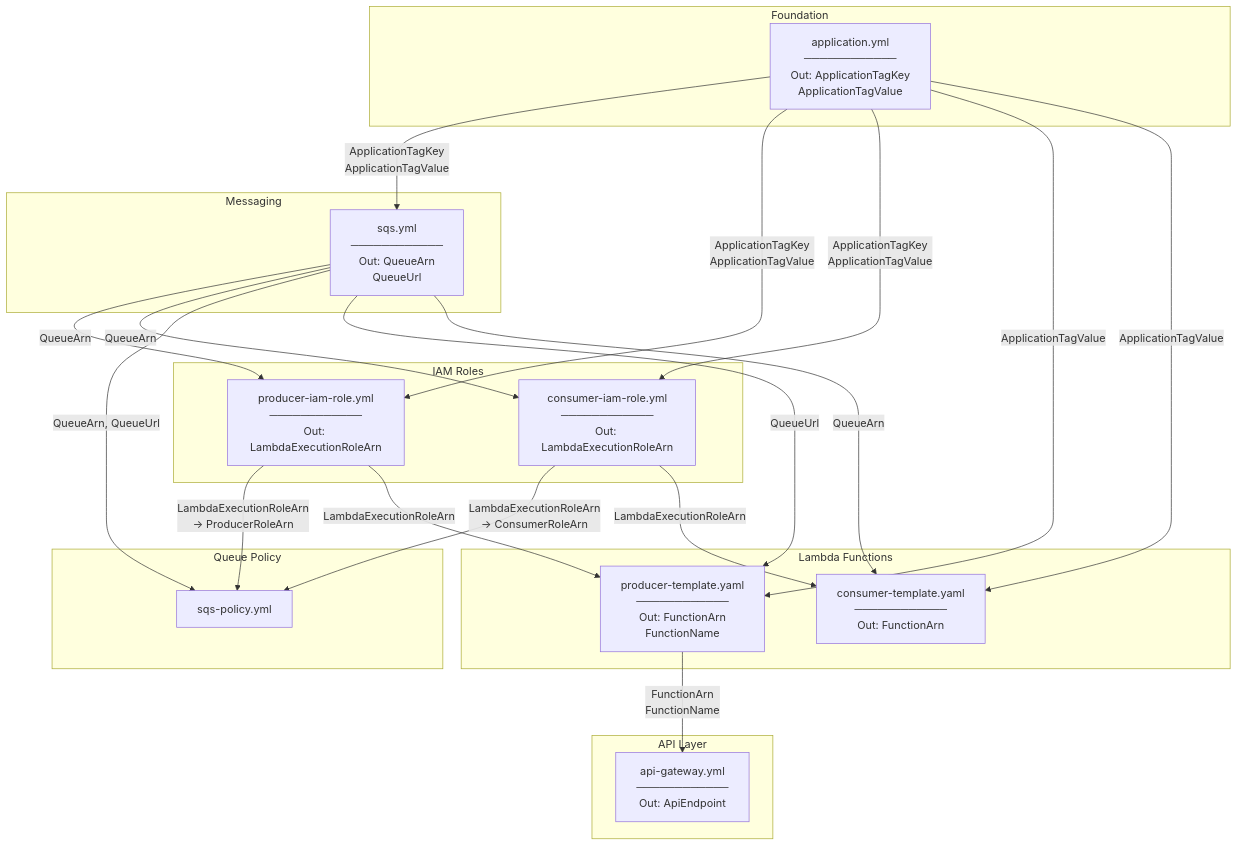
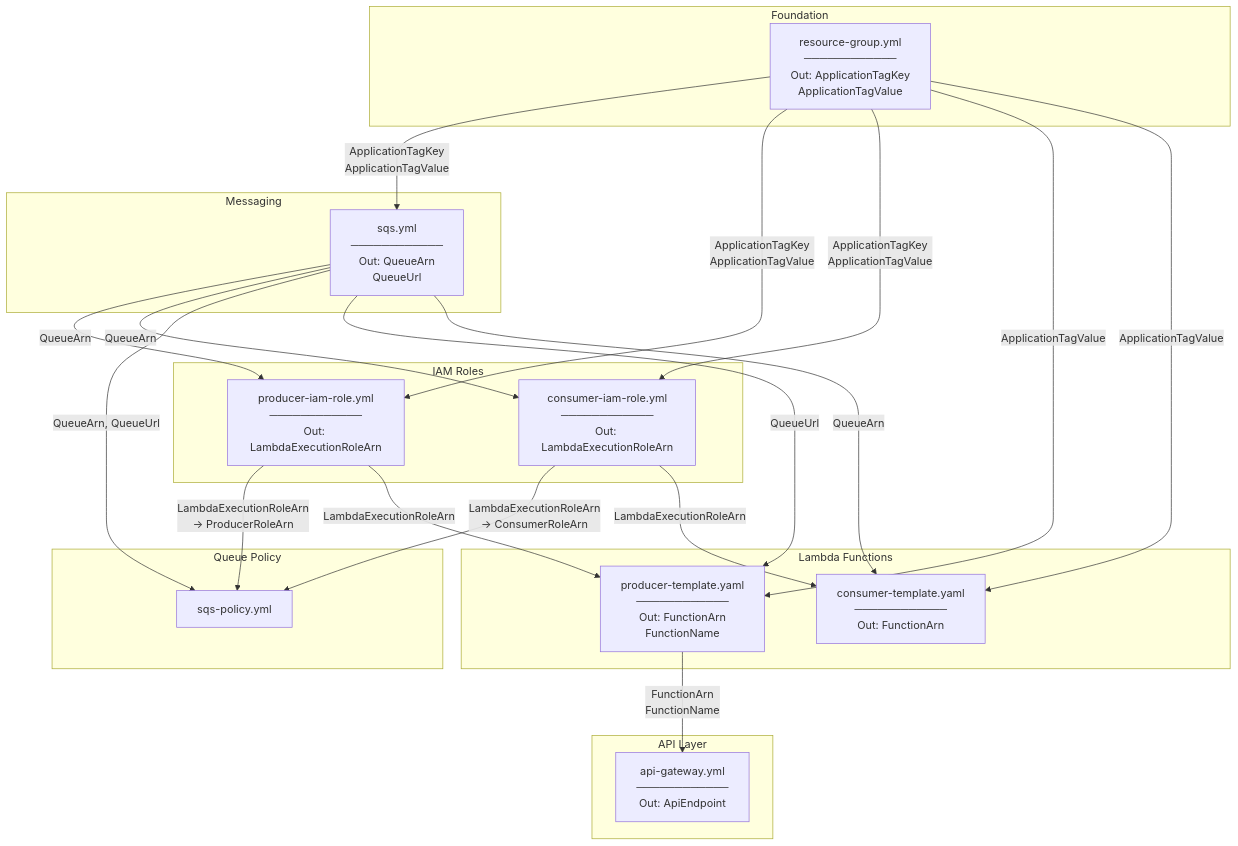
Before and after one commit to mb-dot-dev/stockholm-api-gateway-http-api: the diagram in README.md, drawn with Mermaid. The commit also changed 6 other files, not shown here.

First line of the commit message:
Replace discontinued AppRegistry app with tag-based Resource Group

````diff
--- a/README.md
+++ b/README.md
@@ -5,48 +5,48 @@
 ```mermaid
 flowchart TD
     subgraph app_stack["Foundation"]
-        APP["application.yml\n────────────\nOut: ApplicationTagKey\n     ApplicationTagValue"]
+        APP["resource-group.yml\n────────────\nOut: ApplicationTagKey\n     ApplicationTagValue"]
     end
 
     subgraph sqs_stack["Messaging"]
         SQS["sqs.yml\n────────────\nOut: QueueArn\n     QueueUrl"]
     end
 
     subgraph iam_stack["IAM Roles"]
         PROD_ROLE["producer-iam-role.yml\n────────────\nOut: LambdaExecutionRoleArn"]
         CONS_ROLE["consumer-iam-role.yml\n────────────\nOut: LambdaExecutionRoleArn"]
     end
 
     subgraph lambda_stack["Lambda Functions"]
         PRODUCER["producer-template.yaml\n────────────\nOut: FunctionArn\n     FunctionName"]
         CONSUMER["consumer-template.yaml\n────────────\nOut: FunctionArn"]
     end
 
     subgraph policy_stack["Queue Policy"]
         SQS_POL["sqs-policy.yml"]
     end
 
     subgraph api_stack["API Layer"]
         APIGW["api-gateway.yml\n────────────\nOut: ApiEndpoint"]
     end
 
     APP -->|"ApplicationTagKey\nApplicationTagValue"| SQS
     APP -->|"ApplicationTagKey\nApplicationTagValue"| PROD_ROLE
     APP -->|"ApplicationTagKey\nApplicationTagValue"| CONS_ROLE
     APP -->|"ApplicationTagValue"| PRODUCER
     APP -->|"ApplicationTagValue"| CONSUMER
 
     SQS -->|"QueueArn"| PROD_ROLE
     SQS -->|"QueueArn"| CONS_ROLE
     SQS -->|"QueueArn, QueueUrl"| SQS_POL
     SQS -->|"QueueUrl"| PRODUCER
     SQS -->|"QueueArn"| CONSUMER
 
     PROD_ROLE -->|"LambdaExecutionRoleArn\n→ ProducerRoleArn"| SQS_POL
     PROD_ROLE -->|"LambdaExecutionRoleArn"| PRODUCER
 
     CONS_ROLE -->|"LambdaExecutionRoleArn\n→ ConsumerRoleArn"| SQS_POL
     CONS_ROLE -->|"LambdaExecutionRoleArn"| CONSUMER
 
     PRODUCER -->|"FunctionArn\nFunctionName"| APIGW
 ```
````
